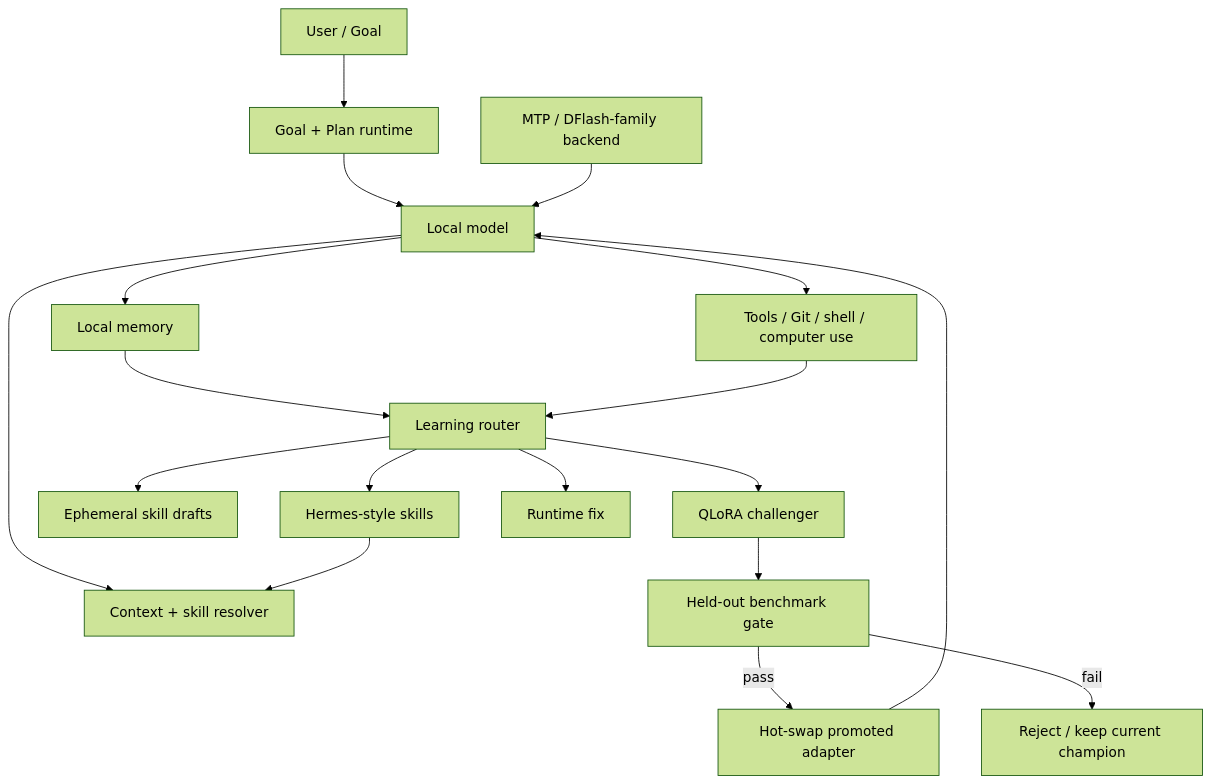
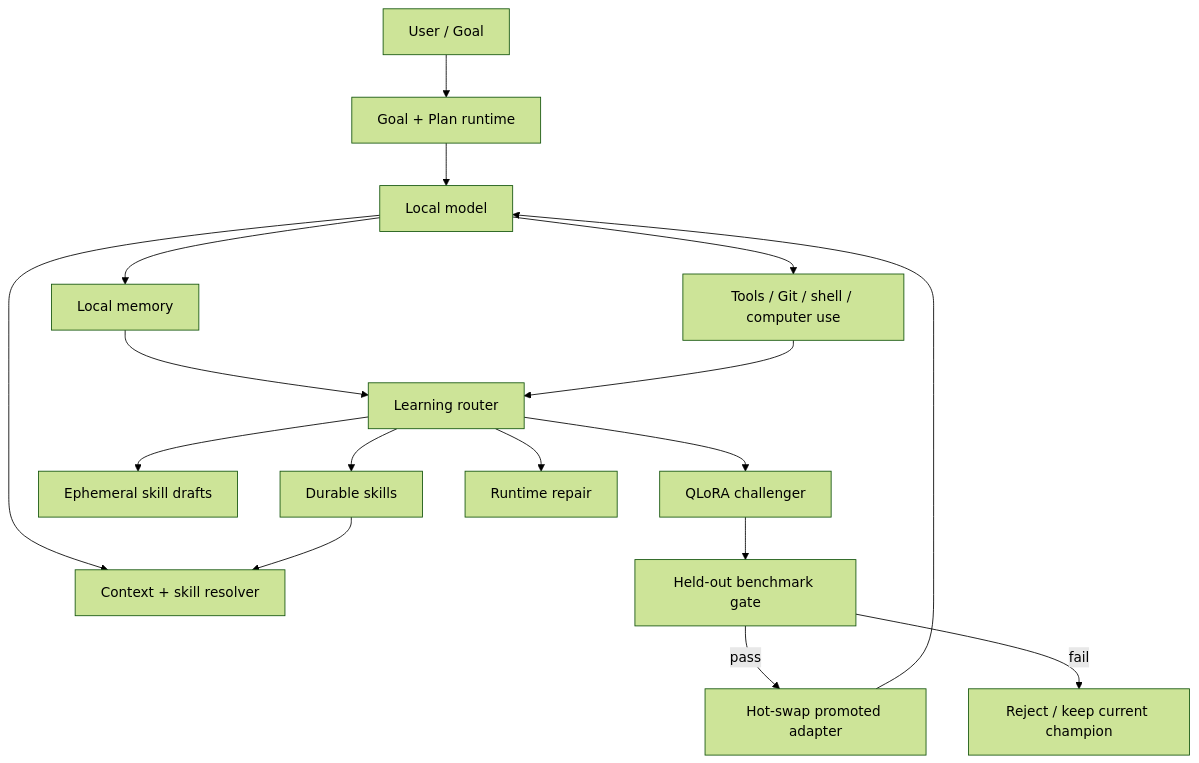
One commit to SuperHelix77/unsloth changed the diagram in README.md. Above: the diagram before and after it, drawn with Mermaid (forest theme). The commit also changed other lines of this file, not shown here.

````diff
--- a/README.md
+++ b/README.md
@@ -63,20 +63,19 @@
 ```mermaid
 flowchart TD
     U[User / Goal] --> GP[Goal + Plan runtime]
     GP --> M[Local model]
     M --> T[Tools / Git / shell / computer use]
     M --> C[Context + skill resolver]
     M --> MEM[Local memory]
     MEM --> LR[Learning router]
     T --> LR
-    LR --> SK[Hermes-style skills]
+    LR --> SK[Durable skills]
     LR --> ES[Ephemeral skill drafts]
     LR --> QL[QLoRA challenger]
-    LR --> RF[Runtime fix]
+    LR --> RF[Runtime repair]
     QL --> B[Held-out benchmark gate]
     B -->|pass| HOT[Hot-swap promoted adapter]
     B -->|fail| REJ[Reject / keep current champion]
     SK --> C
     HOT --> M
-    SD[MTP / DFlash-family backend] --> M
 ```
````
